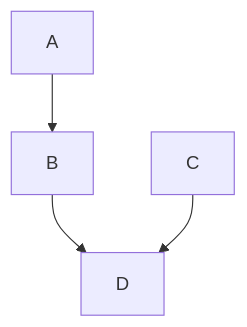
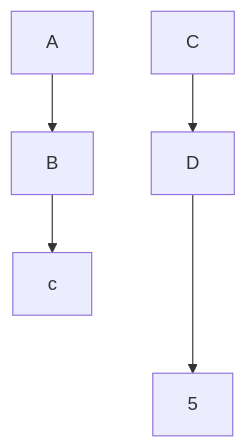
One commit to Ankitprajapati24/C-Task changed the diagram in README.md. Above: the diagram before and after it, drawn with Mermaid.

````diff
--- a/README.md
+++ b/README.md
@@ -18,6 +18,7 @@
 ```mermaid
 graph TD;
     A-->B;
-    B-->D;
+    B-->c;
     C-->D;
+    D--->5;
 ```
````
